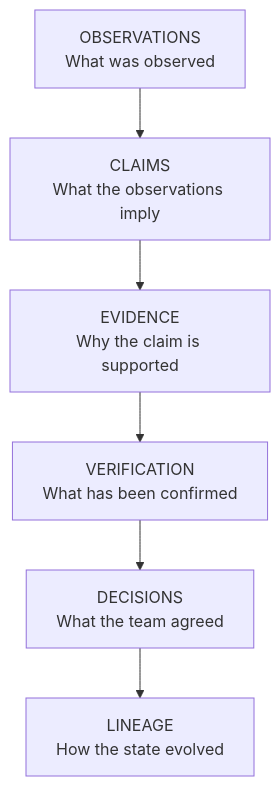
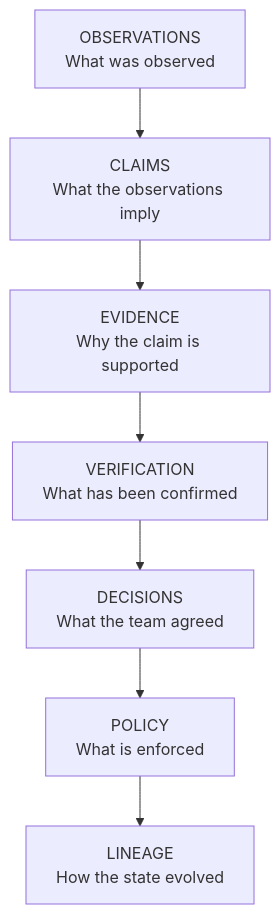
One commit to myshra777-ai/garuda changed the second of 5 diagrams in README.md. Above: the diagram before and after it, drawn with Mermaid. The commit also changed other lines of this file, not shown here.

First line of the commit message:
Revise README for multi-language and policy updates

````diff
--- a/README.md
+++ b/README.md
@@ -116,15 +148,17 @@
 ```mermaid
 flowchart TB
     OBS["OBSERVATIONS<br/>What was observed"]
     CLAIM["CLAIMS<br/>What the observations imply"]
     EVID["EVIDENCE<br/>Why the claim is supported"]
     VERIFY["VERIFICATION<br/>What has been confirmed"]
     DECISION["DECISIONS<br/>What the team agreed"]
+    POLICY["POLICY<br/>What is enforced"]
     LINEAGE["LINEAGE<br/>How the state evolved"]
 
     OBS --> CLAIM
     CLAIM --> EVID
     EVID --> VERIFY
     VERIFY --> DECISION
-    DECISION --> LINEAGE
+    DECISION --> POLICY
+    POLICY --> LINEAGE
 ```
````
